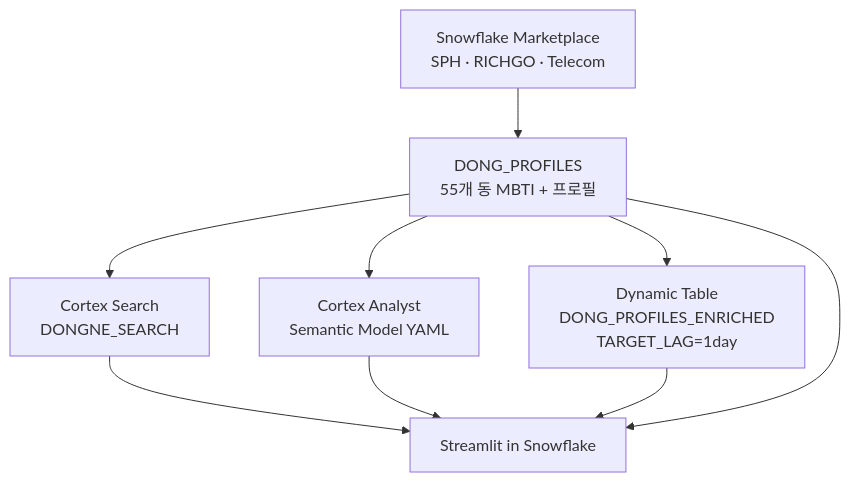
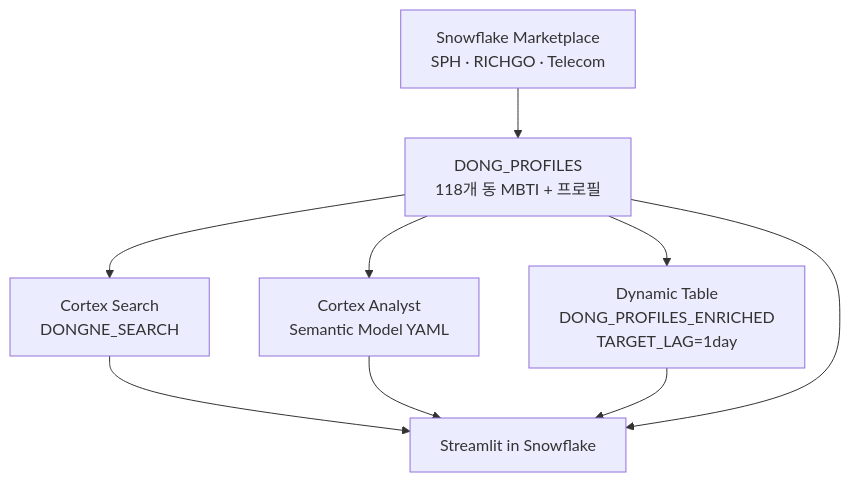
One commit to Daterl/dongne-mbti changed the diagram in README.md. Above: the diagram before and after it, drawn with Mermaid. The commit also changed other lines of this file and 2 other files, not shown here.

````diff
--- a/README.md
+++ b/README.md
@@ -196,11 +196,11 @@
 ```mermaid
 graph TB
-    A[Snowflake Marketplace\nSPH · RICHGO · Telecom] --> B[DONG_PROFILES\n55개 동 MBTI + 프로필]
+    A[Snowflake Marketplace\nSPH · RICHGO · Telecom] --> B[DONG_PROFILES\n118개 동 MBTI + 프로필]
     B --> C[Cortex Search\nDONGNE_SEARCH]
     B --> D[Cortex Analyst\nSemantic Model YAML]
     B --> E[Dynamic Table\nDONG_PROFILES_ENRICHED\nTARGET_LAG=1day]
     C --> F[Streamlit in Snowflake]
     D --> F
     E --> F
     B --> F
 ```
````
